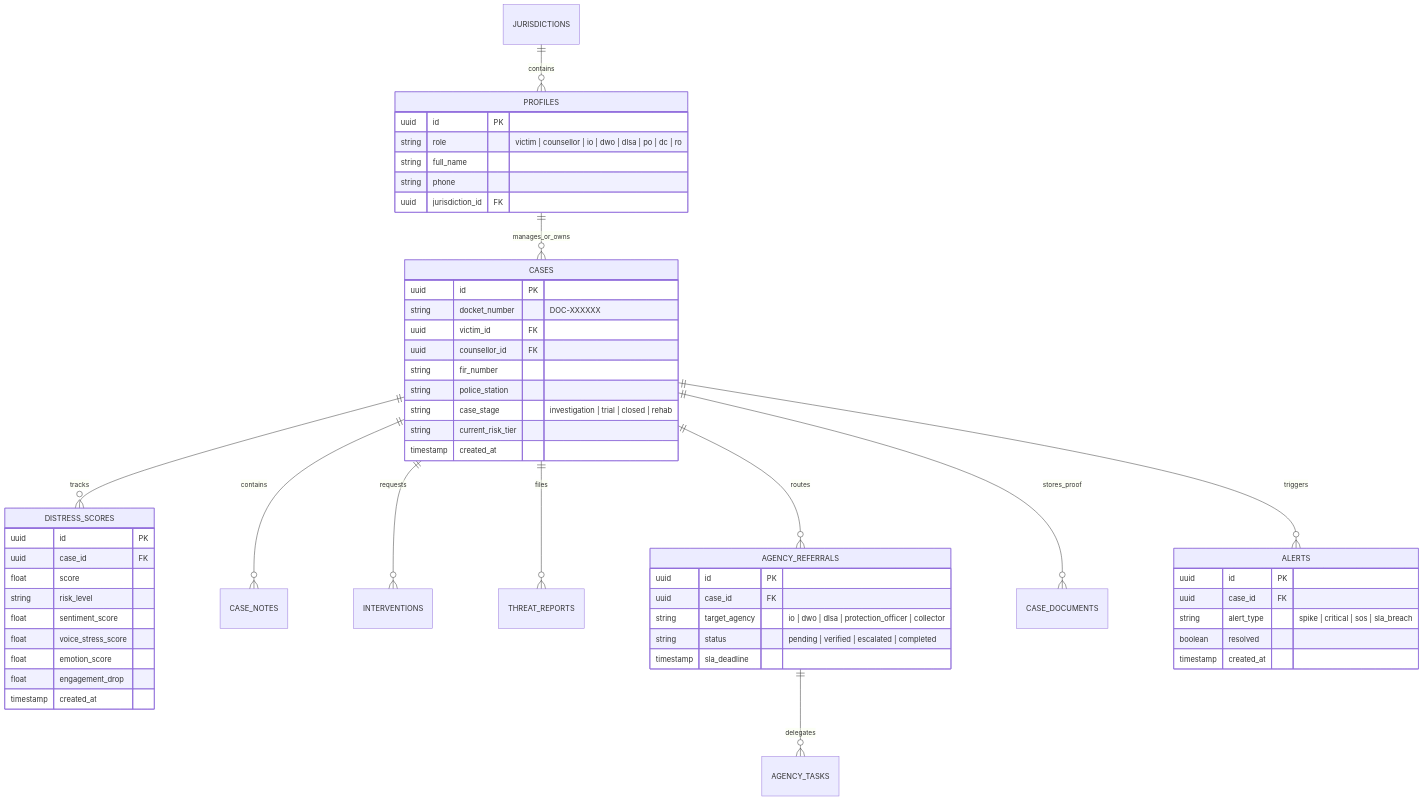
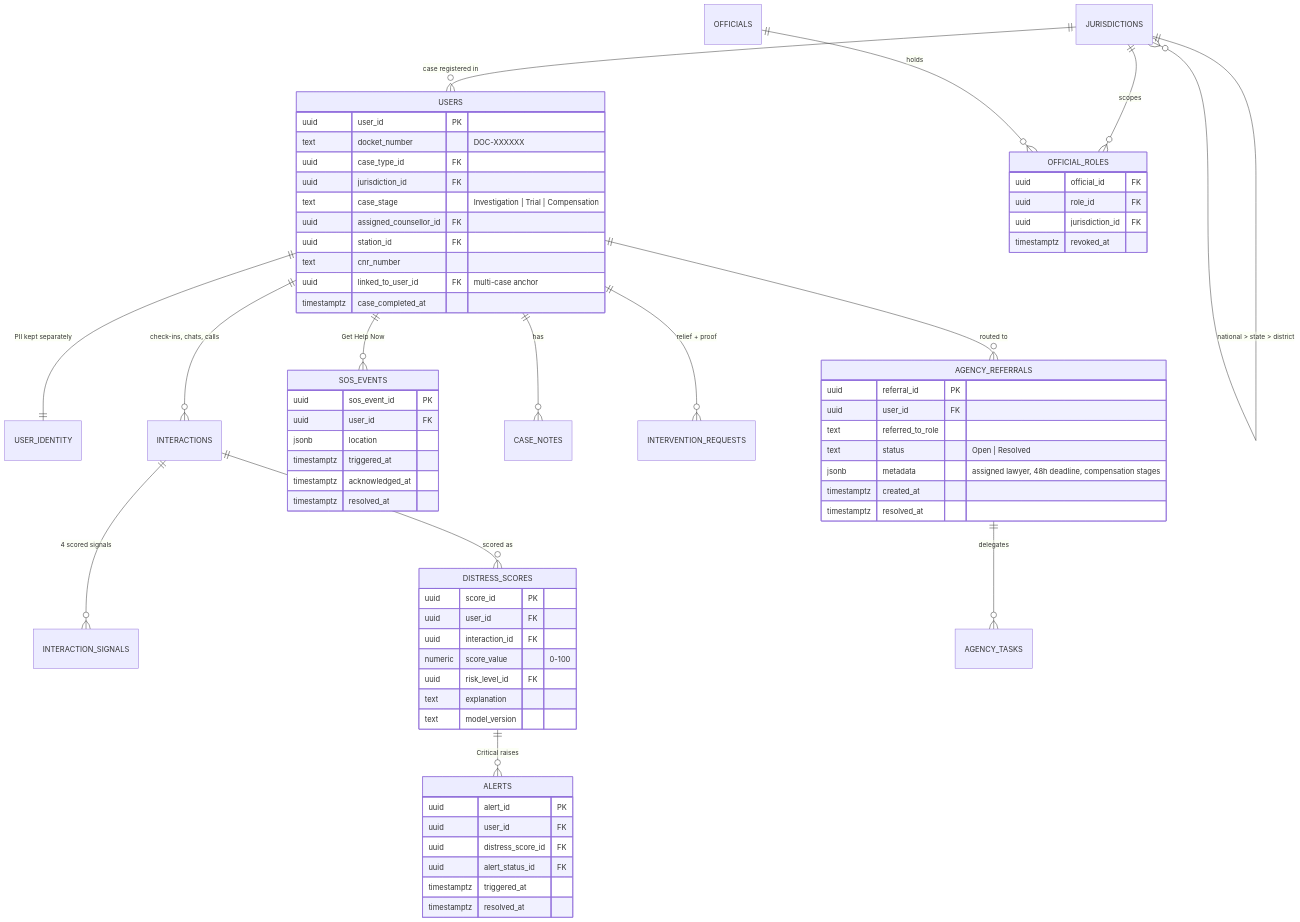
The seventh of 7 diagrams in Mansakha/README.md (Ganga9115/Mansakha), drawn with Mermaid before and after one commit. The commit also changed other lines of this file and 1 other file, not shown here.

First line of the commit message:
Align README with the current roles, workflows, and schema

````diff
--- a/Mansakha/README.md
+++ b/Mansakha/README.md
@@ -427,61 +431,75 @@
 ```mermaid
 erDiagram
-    JURISDICTIONS ||--o{ PROFILES : contains
-    PROFILES ||--o{ CASES : manages_or_owns
-    CASES ||--o{ DISTRESS_SCORES : tracks
-    CASES ||--o{ CASE_NOTES : contains
-    CASES ||--o{ INTERVENTIONS : requests
-    CASES ||--o{ THREAT_REPORTS : files
-    CASES ||--o{ AGENCY_REFERRALS : routes
-    CASES ||--o{ CASE_DOCUMENTS : stores_proof
-    CASES ||--o{ ALERTS : triggers
+    JURISDICTIONS ||--o{ JURISDICTIONS : "national > state > district"
+    JURISDICTIONS ||--o{ USERS : "case registered in"
+    JURISDICTIONS ||--o{ OFFICIAL_ROLES : scopes
+    OFFICIALS ||--o{ OFFICIAL_ROLES : holds
+    USERS ||--|| USER_IDENTITY : "PII kept separately"
+    USERS ||--o{ INTERACTIONS : "check-ins, chats, calls"
+    INTERACTIONS ||--o{ INTERACTION_SIGNALS : "4 scored signals"
+    INTERACTIONS ||--o{ DISTRESS_SCORES : "scored as"
+    DISTRESS_SCORES ||--o{ ALERTS : "Critical raises"
+    USERS ||--o{ SOS_EVENTS : "Get Help Now"
+    USERS ||--o{ CASE_NOTES : has
+    USERS ||--o{ INTERVENTION_REQUESTS : "relief + proof"
+    USERS ||--o{ AGENCY_REFERRALS : "routed to"
     AGENCY_REFERRALS ||--o{ AGENCY_TASKS : delegates
 
-    PROFILES {
-        uuid id PK
-        string role "victim | counsellor | io | dwo | dlsa | po | dc | ro"
-        string full_name
-        string phone
+    USERS {
+        uuid user_id PK
+        text docket_number "DOC-XXXXXX"
+        uuid case_type_id FK
         uuid jurisdiction_id FK
+        text case_stage "Investigation | Trial | Compensation"
+        uuid assigned_counsellor_id FK
+        uuid station_id FK
+        text cnr_number
+        uuid linked_to_user_id FK "multi-case anchor"
+        timestamptz case_completed_at
     }
 
-    CASES {
-        uuid id PK
-        string docket_number "DOC-XXXXXX"
-        uuid victim_id FK
-        uuid counsellor_id FK
-        string fir_number
-        string police_station
-        string case_stage "investigation | trial | closed | rehab"
-        string current_risk_tier
-        timestamp created_at
+    OFFICIAL_ROLES {
+        uuid official_id FK
+        uuid role_id FK
+        uuid jurisdiction_id FK
+        timestamptz revoked_at
     }
 
     AGENCY_REFERRALS {
-        uuid id PK
-        uuid case_id FK
-        string target_agency "io | dwo | dlsa | protection_officer | collector"
-        string status "pending | verified | escalated | completed"
-        timestamp sla_deadline
+        uuid referral_id PK
+        uuid user_id FK
+        text referred_to_role
+        text status "Open | Resolved"
+        jsonb metadata "assigned lawyer, 48h deadline, compensation stages"
+        timestamptz created_at
+        timestamptz resolved_at
     }
 
     DISTRESS_SCORES {
-        uuid id PK
-        uuid case_id FK
-        float score
-        string risk_level
-        float sentiment_score
-        float voice_stress_score
-        float emotion_score
-        float engagement_drop
-        timestamp created_at
+        uuid score_id PK
+        uuid user_id FK
+        uuid interaction_id FK
+        numeric score_value "0-100"
+        uuid risk_level_id FK
+        text explanation
+        text model_version
     }
 
     ALERTS {
-        uuid id PK
-        uuid case_id FK
-        string alert_type "spike | critical | sos | sla_breach"
-        boolean resolved
-        timestamp created_at
+        uuid alert_id PK
+        uuid user_id FK
+        uuid distress_score_id FK
+        uuid alert_status_id FK
+        timestamptz triggered_at
+        timestamptz resolved_at
+    }
+
+    SOS_EVENTS {
+        uuid sos_event_id PK
+        uuid user_id FK
+        jsonb location
+        timestamptz triggered_at
+        timestamptz acknowledged_at
+        timestamptz resolved_at
     }
 ```
````
